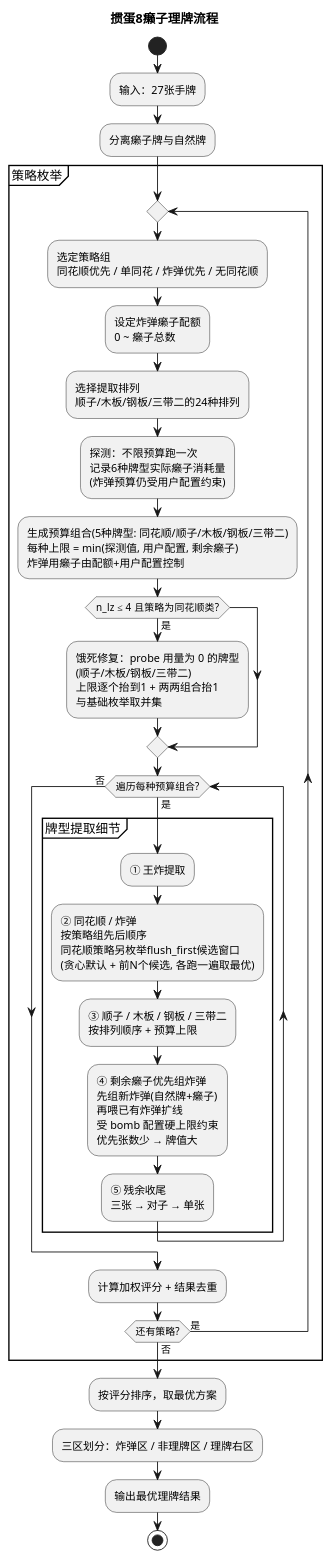
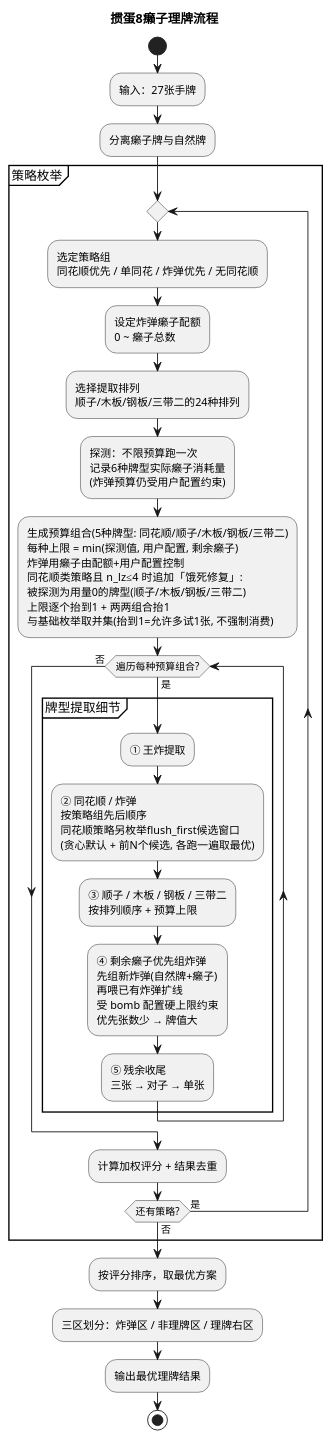
Before and after one commit to zhengshuai021-rgb/guandan8laizi: the diagram in flow.puml, drawn with PlantUML.

Commit message:
docs: flow.puml 合并饿死修复的流程说明
把"probe 用量为 0 的牌型预算抬升"的 if/endif 分支合并进
预算生成步骤的文字描述，并注明抬到 1 = 允许多试 1 张、不强制
消费，与 a5d00ae 实现一致。

```diff
--- a/flow.puml
+++ b/flow.puml
@@ -1,35 +1,32 @@
 @startuml
 title 掼蛋8癞子理牌流程
 
 start
 :输入：27张手牌;
 :分离癞子牌与自然牌;
 
 partition "策略枚举" {
   repeat
     :选定策略组\n同花顺优先 / 单同花 / 炸弹优先 / 无同花顺;
     :设定炸弹癞子配额\n0 ~ 癞子总数;
     :选择提取排列\n顺子/木板/钢板/三带二的24种排列;
     :探测：不限预算跑一次\n记录6种牌型实际癞子消耗量\n(炸弹预算仍受用户配置约束);
-    :生成预算组合(5种牌型: 同花顺/顺子/木板/钢板/三带二)\n每种上限 = min(探测值, 用户配置, 剩余癞子)\n炸弹用癞子由配额+用户配置控制;
-    if (n_lz ≤ 4 且策略为同花顺类?) then (是)
-      :饿死修复：probe 用量为 0 的牌型\n(顺子/木板/钢板/三带二)\n上限逐个抬到1 + 两两组合抬1\n与基础枚举取并集;
-    endif
+    :生成预算组合(5种牌型: 同花顺/顺子/木板/钢板/三带二)\n每种上限 = min(探测值, 用户配置, 剩余癞子)\n炸弹用癞子由配额+用户配置控制\n同花顺类策略且 n_lz≤4 时追加「饿死修复」:\n被探测为用量0的牌型(顺子/木板/钢板/三带二)\n上限逐个抬到1 + 两两组合抬1\n与基础枚举取并集(抬到1=允许多试1张, 不强制消费);
     while (遍历每种预算组合?) is (是)
       partition "牌型提取细节" {
         :① 王炸提取;
         :② 同花顺 / 炸弹\n按策略组先后顺序\n同花顺策略另枚举flush_first候选窗口\n(贪心默认 + 前N个候选, 各跑一遍取最优);
         :③ 顺子 / 木板 / 钢板 / 三带二\n按排列顺序 + 预算上限;
         :④ 剩余癞子优先组炸弹\n先组新炸弹(自然牌+癞子)\n再喂已有炸弹扩线\n受 bomb 配置硬上限约束\n优先张数少 → 牌值大;
         :⑤ 残余收尾\n三张 → 对子 → 单张;
       }
     endwhile (否)
     :计算加权评分 + 结果去重;
   repeat while (还有策略?) is (是) not (否)
 }
 
 :按评分排序，取最优方案;
 :三区划分：炸弹区 / 非理牌区 / 理牌右区;
 :输出最优理牌结果;
 stop
 @enduml
```
